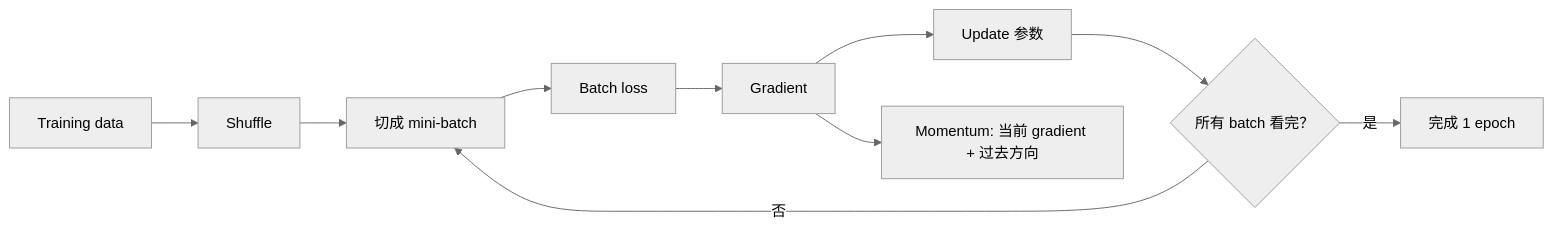
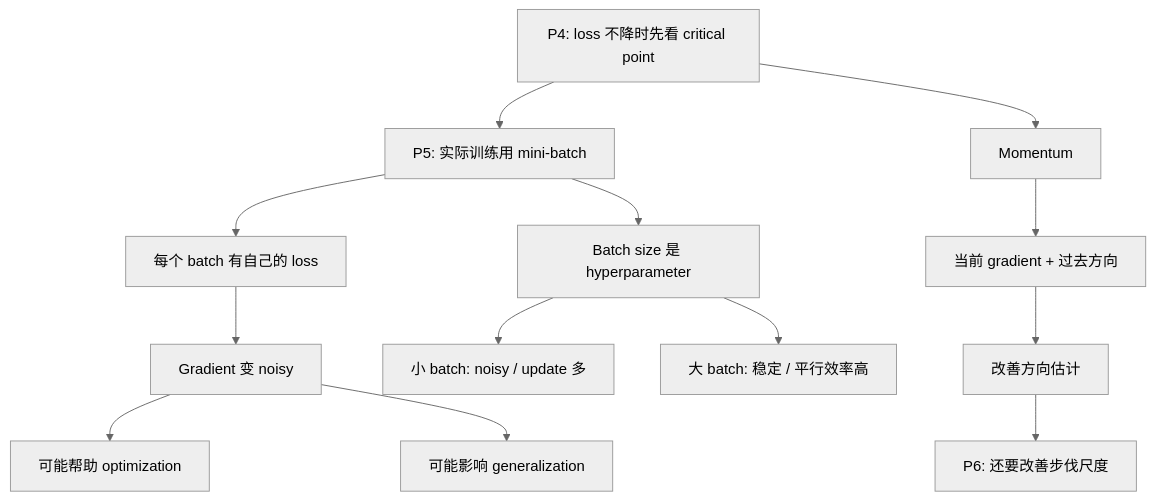
Before and after one commit to Sonnette51/stat_notes_sonnette: the first of 2 diagrams in docs/机器学习（lhy）-更新中/P5_类神经网络训练不起来怎么办_Batch与Momentum.md, drawn with Mermaid (neutral theme). The commit also changed other lines of this file and 4 other files, not shown here.

````diff
--- a/docs/机器学习（lhy）-更新中/P5_类神经网络训练不起来怎么办_Batch与Momentum.md
+++ b/docs/机器学习（lhy）-更新中/P5_类神经网络训练不起来怎么办_Batch与Momentum.md
@@ -19,12 +20,15 @@
 ```mermaid
-flowchart LR
-    A["Training data"] --> B["Shuffle"]
-    B --> C["切成 mini-batch"]
-    C --> D["Batch loss"]
-    D --> E["Gradient"]
-    E --> F["Update 参数"]
-    F --> G{"所有 batch 看完？"}
-    G -- "否" --> C
-    G -- "是" --> H["完成 1 epoch"]
-    E --> I["Momentum: 当前 gradient + 过去方向"]
+flowchart TD
+    A["P4: loss 不降时先看 critical point"] --> B["P5: 实际训练用 mini-batch"]
+    B --> C["每个 batch 有自己的 loss"]
+    C --> D["Gradient 变 noisy"]
+    D --> E["可能帮助 optimization"]
+    D --> F["可能影响 generalization"]
+    B --> G["Batch size 是 hyperparameter"]
+    G --> H["小 batch: noisy / update 多"]
+    G --> I["大 batch: 稳定 / 平行效率高"]
+    A --> J["Momentum"]
+    J --> K["当前 gradient + 过去方向"]
+    K --> L["改善方向估计"]
+    L --> M["P6: 还要改善步伐尺度"]
 ```
````
